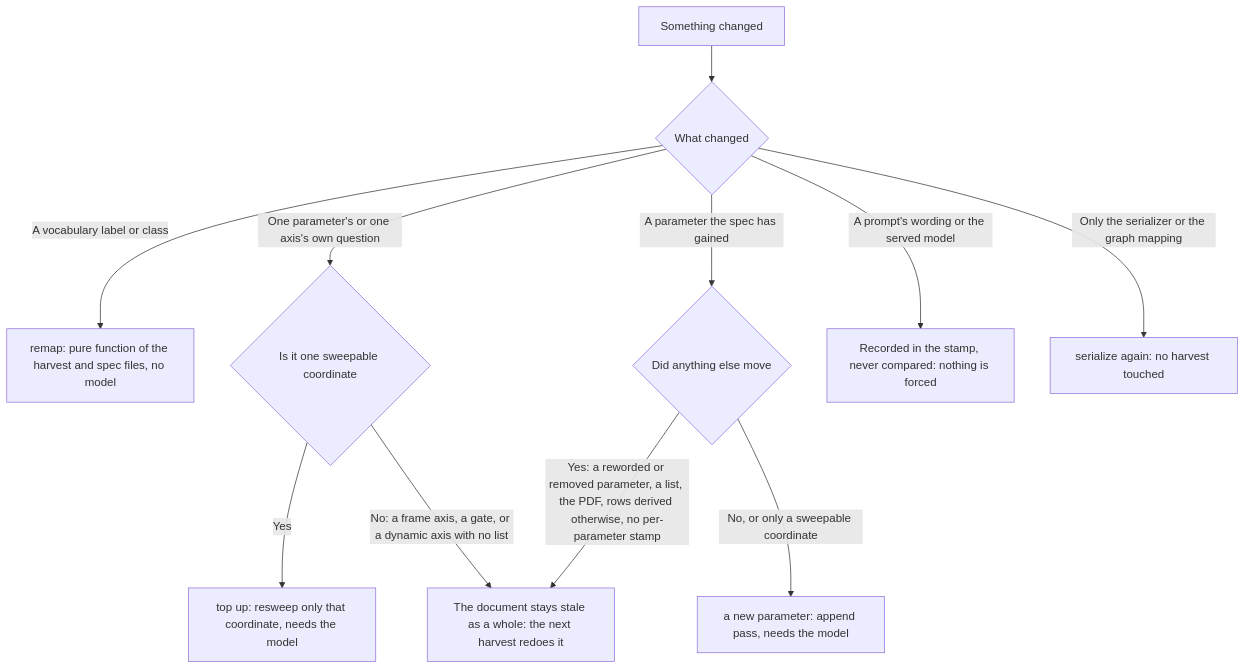
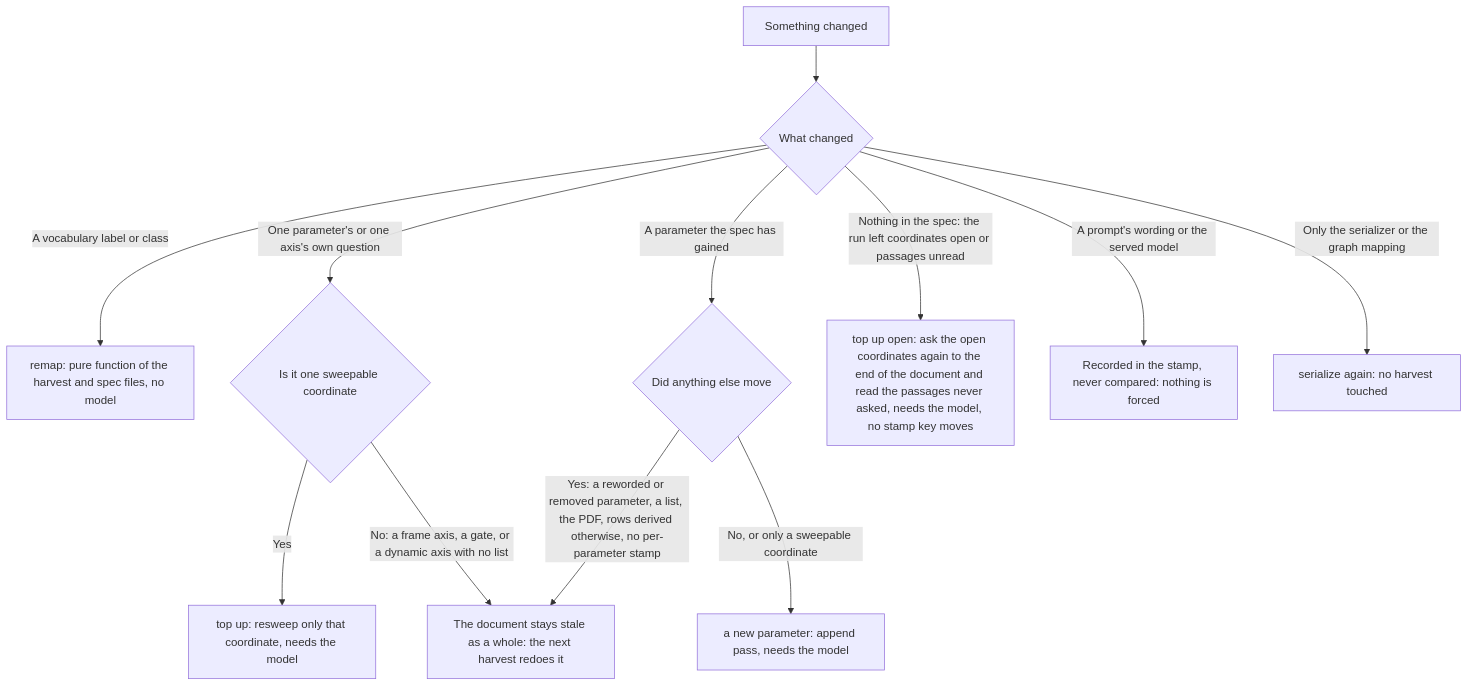
Before and after one commit to OpenEnergyPlatform/municipal-heat-planning-pdf-processing: the second of 2 diagrams in docs/_intros/stages/extraction.md, drawn with Mermaid. The commit also changed other lines of this file and 4 other files, not shown here.

First line of the commit message:
The extraction chapter says what the code does today, and every diagram opens as SVG

````diff
--- a/docs/_intros/stages/extraction.md
+++ b/docs/_intros/stages/extraction.md
@@ -843,13 +863,14 @@
 ```mermaid
 flowchart TD
     change[Something changed] --> kind{What changed}
     kind -->|A vocabulary label or class| remap[remap: pure function of the harvest and spec files, no model]
     kind -->|One parameter's or one axis's own question| sweepable{Is it one sweepable coordinate}
     sweepable -->|Yes| topup[top up: resweep only that coordinate, needs the model]
     sweepable -->|No: a frame axis, a gate, or a dynamic axis with no list| stale[The document stays stale as a whole: the next harvest redoes it]
     kind -->|A parameter the spec has gained| added{Did anything else move}
     added -->|No, or only a sweepable coordinate| append[a new parameter: append pass, needs the model]
     added -->|Yes: a reworded or removed parameter, a list, the PDF, rows derived otherwise, no per-parameter stamp| stale
+    kind -->|Nothing in the spec: the run left coordinates open or passages unread| open[top up open: ask the open coordinates again to the end of the document and read the passages never asked, needs the model, no stamp key moves]
     kind -->|A prompt's wording or the served model| noted[Recorded in the stamp, never compared: nothing is forced]
     kind -->|Only the serializer or the graph mapping| serialize[serialize again: no harvest touched]
 ```
````
